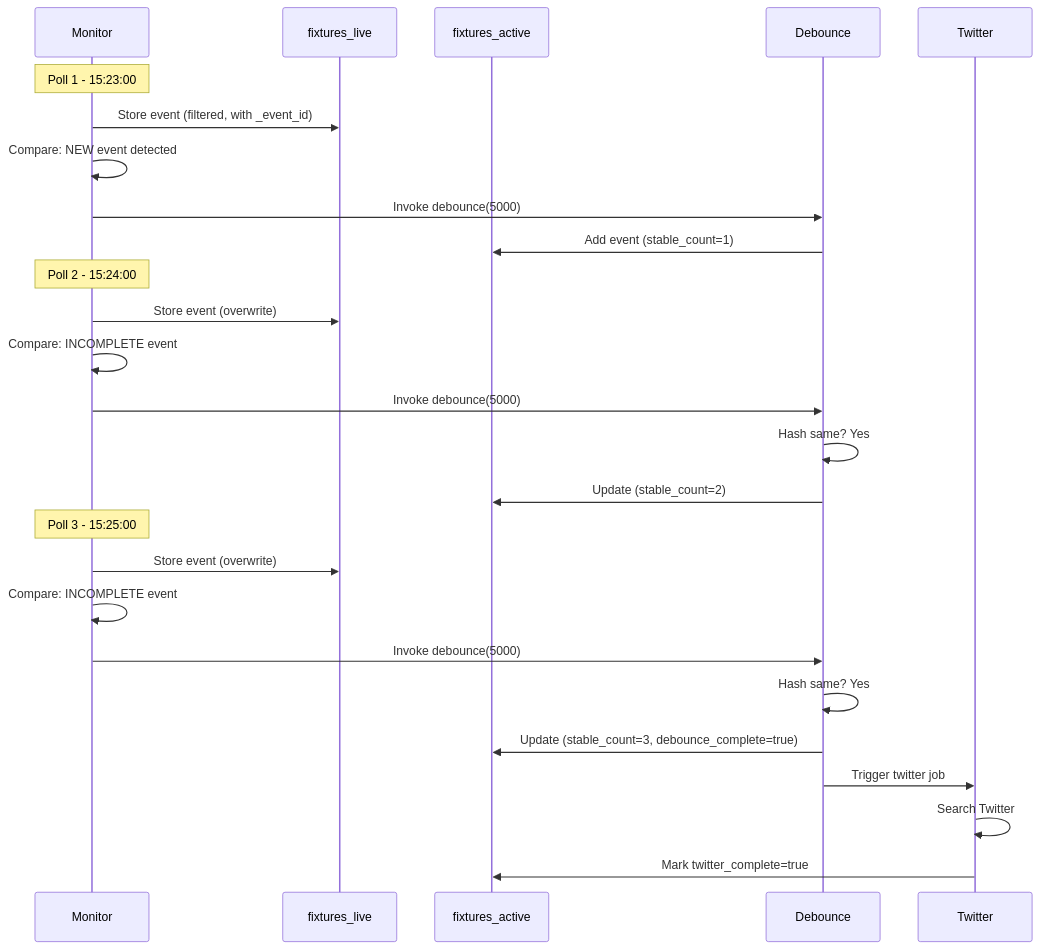
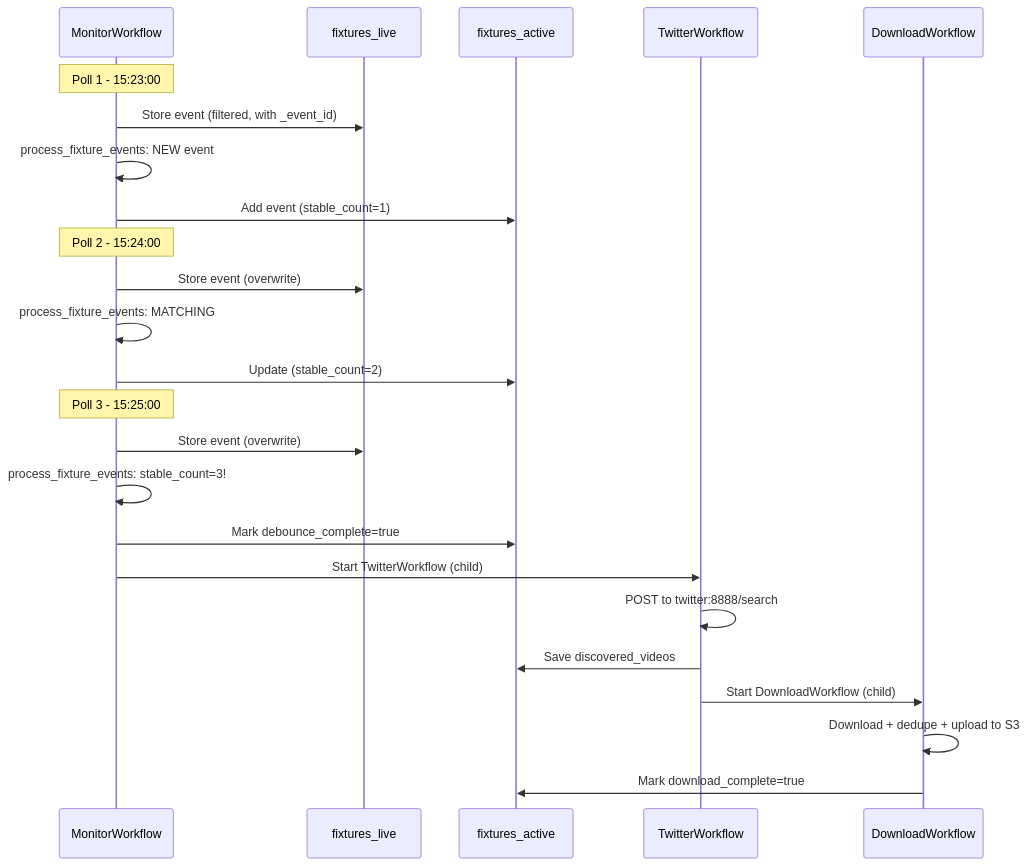
One commit to vedantadhobley/found-footy changed the third of 3 diagrams in ARCHITECTURE.md. Above: the diagram before and after it, drawn with Mermaid. The commit also changed other lines of this file and 129 other files, not shown here.

````diff
--- a/ARCHITECTURE.md
+++ b/ARCHITECTURE.md
@@ -398,32 +382,31 @@
 ```mermaid
 sequenceDiagram
-    participant M as Monitor
+    participant MW as MonitorWorkflow
     participant L as fixtures_live
     participant A as fixtures_active
-    participant D as Debounce
-    participant T as Twitter
+    participant TW as TwitterWorkflow
+    participant DW as DownloadWorkflow
     
-    Note over M: Poll 1 - 15:23:00
-    M->>L: Store event (filtered, with _event_id)
-    M->>M: Compare: NEW event detected
-    M->>D: Invoke debounce(5000)
-    D->>A: Add event (stable_count=1)
+    Note over MW: Poll 1 - 15:23:00
+    MW->>L: Store event (filtered, with _event_id)
+    MW->>MW: process_fixture_events: NEW event
+    MW->>A: Add event (stable_count=1)
     
-    Note over M: Poll 2 - 15:24:00
-    M->>L: Store event (overwrite)
-    M->>M: Compare: INCOMPLETE event
-    M->>D: Invoke debounce(5000)
-    D->>D: Hash same? Yes
-    D->>A: Update (stable_count=2)
+    Note over MW: Poll 2 - 15:24:00
+    MW->>L: Store event (overwrite)
+    MW->>MW: process_fixture_events: MATCHING
+    MW->>A: Update (stable_count=2)
     
-    Note over M: Poll 3 - 15:25:00
-    M->>L: Store event (overwrite)
-    M->>M: Compare: INCOMPLETE event
-    M->>D: Invoke debounce(5000)
-    D->>D: Hash same? Yes
-    D->>A: Update (stable_count=3, debounce_complete=true)
-    D->>T: Trigger twitter job
+    Note over MW: Poll 3 - 15:25:00
+    MW->>L: Store event (overwrite)
+    MW->>MW: process_fixture_events: stable_count=3!
+    MW->>A: Mark debounce_complete=true
+    MW->>TW: Start TwitterWorkflow (child)
     
-    T->>T: Search Twitter
-    T->>A: Mark twitter_complete=true
+    TW->>TW: POST to twitter:8888/search
+    TW->>A: Save discovered_videos
+    TW->>DW: Start DownloadWorkflow (child)
+    
+    DW->>DW: Download + dedupe + upload to S3
+    DW->>A: Mark download_complete=true
 ```
````
